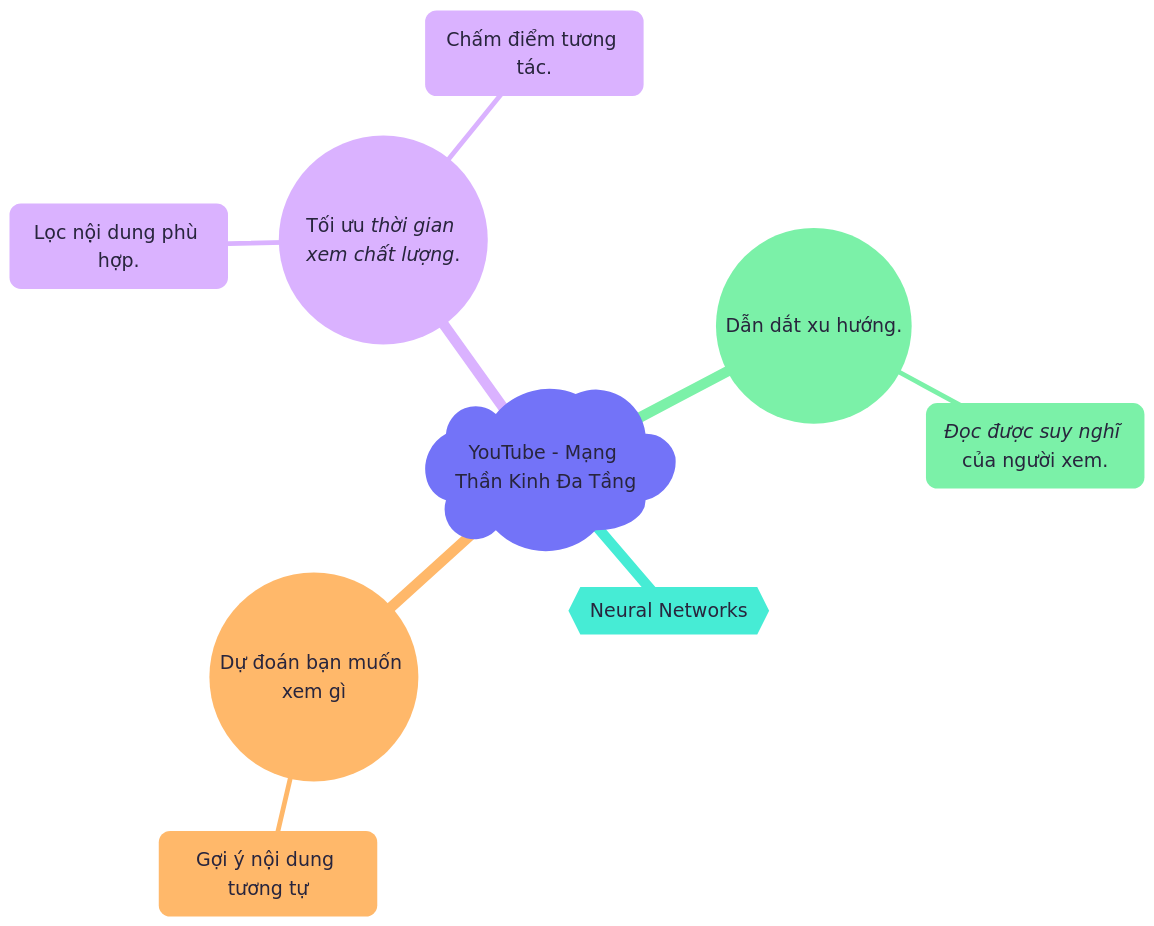
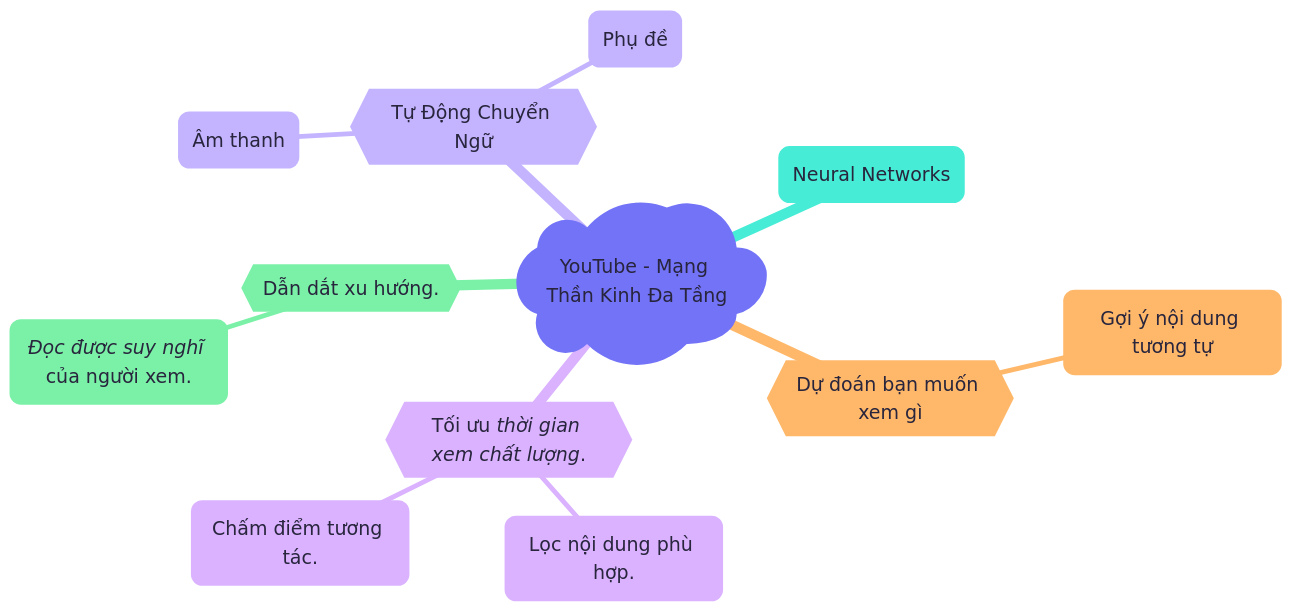
One commit to sam-uit/typst-report-template changed the diagram in content/diagrams/chapter02-youtube.mmd. Above: the diagram before and after it, drawn with Mermaid.

```diff
--- a/content/diagrams/chapter02-youtube.mmd
+++ b/content/diagrams/chapter02-youtube.mmd
@@ -1,17 +1,20 @@
 ---
 config:
   theme: redux-color
   themeVariables:
     fontFamily: Google Sans
     fontSize: 20px
 ---
 mindmap
 )YouTube - Mạng Thần Kinh Đa Tầng(
-  {{Neural Networks}}
-  ((Dự đoán bạn muốn xem gì))
+  (Neural Networks)
+  {{Dự đoán bạn muốn xem gì}}
     (Gợi ý nội dung tương tự)
-  ((Tối ưu *thời gian xem chất lượng*.))
+  {{Tối ưu *thời gian xem chất lượng*.}}
     (Lọc nội dung phù hợp.)
     (Chấm điểm tương tác.)
-  ((Dẫn dắt xu hướng.))
+  {{Dẫn dắt xu hướng.}}
     (*Đọc được suy nghĩ* của người xem.)
+  {{Tự Động Chuyển Ngữ}}
+    (Âm thanh)
+    (Phụ đề)
```
